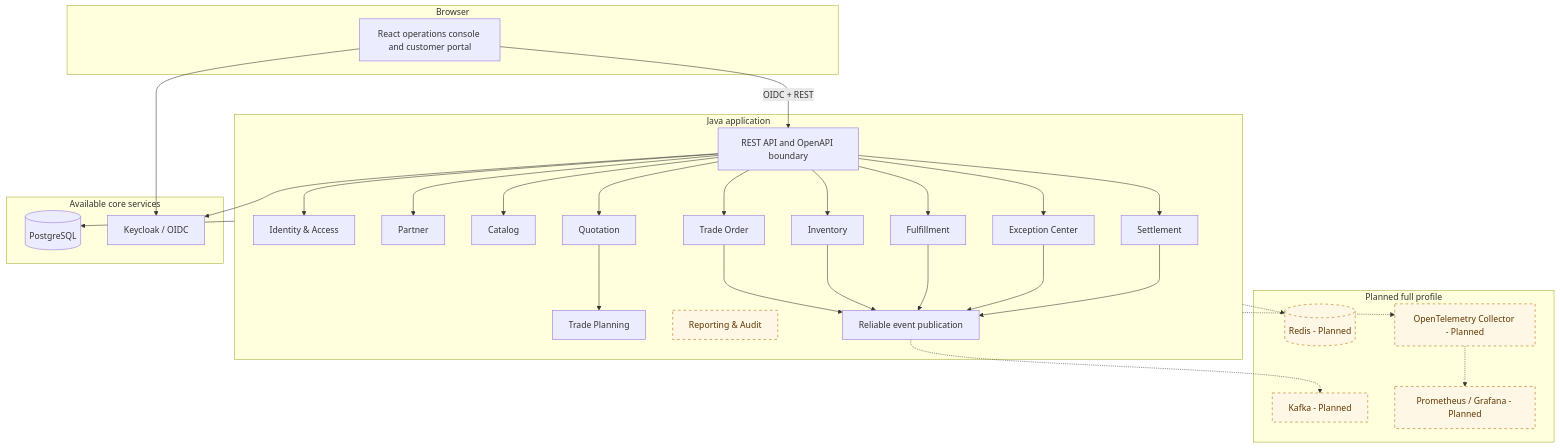
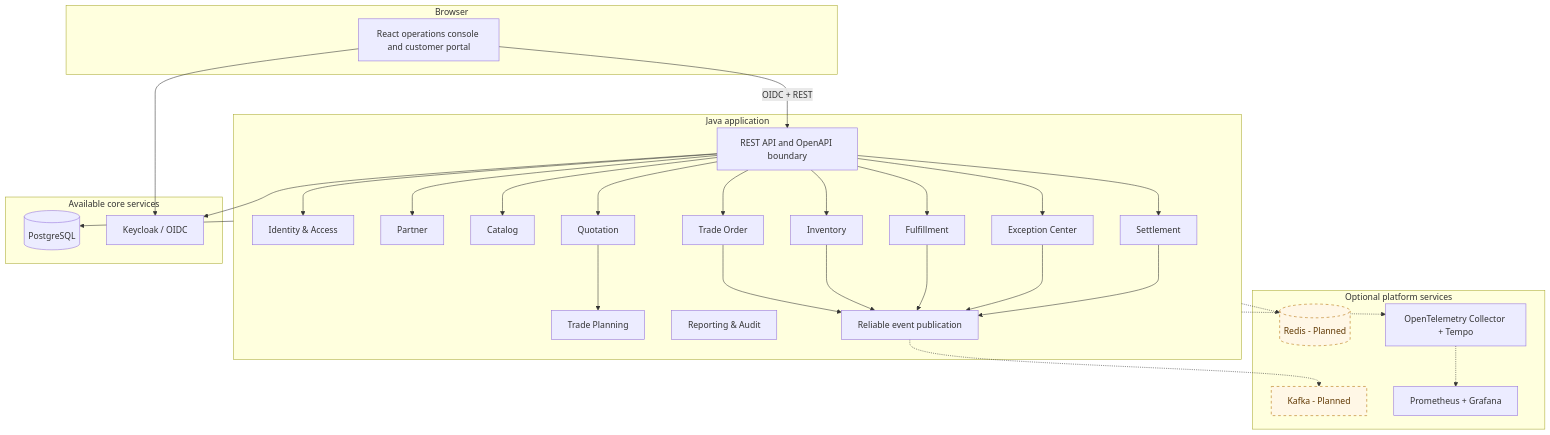
One commit to RomanticHW/cellarbridge-platform changed the second of 3 diagrams in README.md. Above: the diagram before and after it, drawn with Mermaid. The commit also changed other lines of this file and 15 other files, not shown here.

````diff
--- a/README.md
+++ b/README.md
@@ -64,61 +65,61 @@
 ```mermaid
 flowchart TB
     subgraph Browser[Browser]
         UI[React operations console and customer portal]
     end
 
     subgraph App[Java application]
         API[REST API and OpenAPI boundary]
         IAM[Identity & Access]
         PAR[Partner]
         CAT[Catalog]
         INV[Inventory]
         QUO[Quotation]
         TRD[Trade Planning]
         ORD[Trade Order]
         FUL[Fulfillment]
         EXC[Exception Center]
         SET[Settlement]
         REP[Reporting & Audit]
         EVT[Reliable event publication]
     end
 
     subgraph CorePlatform[Available core services]
         PG[(PostgreSQL)]
         KC[Keycloak / OIDC]
     end
 
-    subgraph PlannedPlatform[Planned full profile]
+    subgraph OptionalPlatform[Optional platform services]
         REDIS[(Redis - Planned)]
         KAFKA[Kafka - Planned]
-        OTEL[OpenTelemetry Collector - Planned]
-        METRICS[Prometheus / Grafana - Planned]
+        OTEL[OpenTelemetry Collector + Tempo]
+        METRICS[Prometheus + Grafana]
     end
 
     UI -->|OIDC + REST| API
     API --> IAM
     API --> PAR
     API --> CAT
     API --> INV
     API --> QUO
     API --> ORD
     API --> FUL
     API --> EXC
     API --> SET
     QUO --> TRD
     ORD --> EVT
     INV --> EVT
     FUL --> EVT
     EXC --> EVT
     SET --> EVT
     EVT -.-> KAFKA
     App --> PG
     App -.-> REDIS
     UI --> KC
     API --> KC
     App -.-> OTEL
     OTEL -.-> METRICS
 
     classDef planned fill:#fff7e6,stroke:#b26a00,color:#5f3700,stroke-dasharray:5 5;
-    class REP,REDIS,KAFKA,OTEL,METRICS planned;
+    class REDIS,KAFKA planned;
 ```
````
